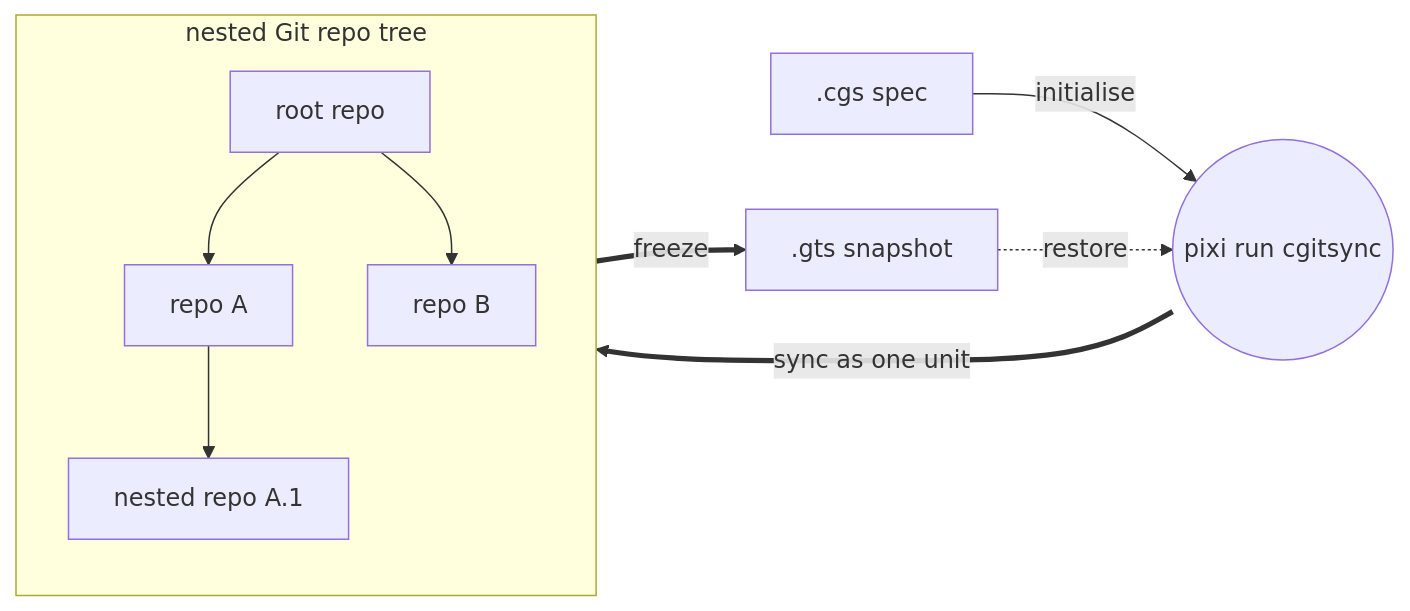
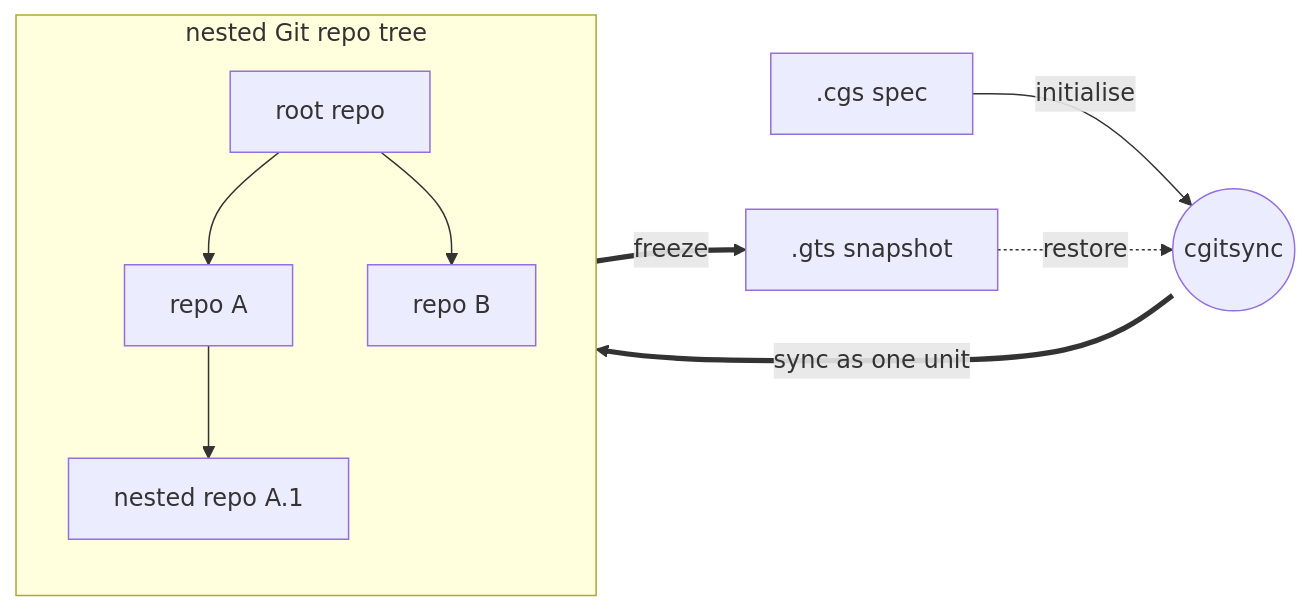
Before and after one commit to flipoyo/ComplexGitSync: the first of 2 diagrams in README.md, drawn with Mermaid. The commit also changed other lines of this file and 9 other files, not shown here.

````diff
--- a/README.md
+++ b/README.md
@@ -69,15 +95,15 @@
 ```mermaid
 flowchart LR
-    CGS[".cgs spec"] -->|initialise| CLI(("pixi run cgitsync"))
+    CGS[".cgs spec"] -->|initialise| CLI(("cgitsync"))
     GTS[".gts snapshot"] -.->|restore| CLI
 
     subgraph TREE["nested Git repo tree"]
         direction TB
         Root["root repo"] --> A["repo A"]
         Root --> B["repo B"]
         A --> A1["nested repo A.1"]
     end
 
     CLI ==>|sync as one unit| TREE
     TREE ==>|freeze| GTS
 ```
````
